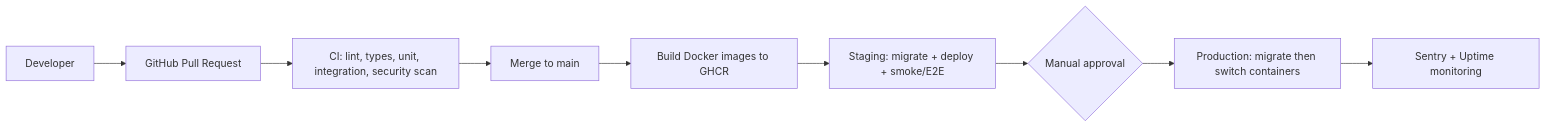
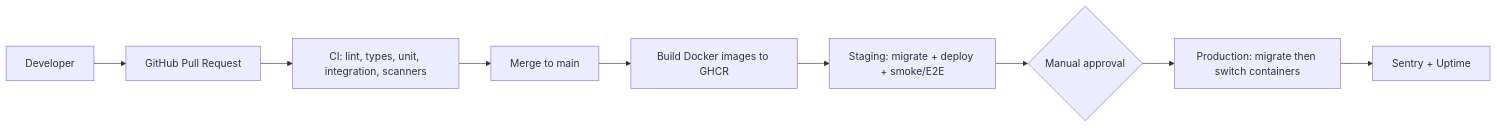
Before and after one commit to bechir-jalleli/Jomla-Go: the fourth of 5 diagrams in docs/TECHNICAL_BLUEPRINT.md, drawn with Mermaid. The commit also changed other lines of this file and 36 other files, not shown here.

````diff
--- a/docs/TECHNICAL_BLUEPRINT.md
+++ b/docs/TECHNICAL_BLUEPRINT.md
@@ -374,11 +308,11 @@
 ```mermaid
 flowchart LR
   DEV[Developer] --> GH[GitHub Pull Request]
-  GH --> CI[CI: lint, types, unit, integration, security scan]
+  GH --> CI[CI: lint, types, unit, integration, scanners]
   CI --> MERGE[Merge to main]
   MERGE --> BUILD[Build Docker images to GHCR]
   BUILD --> STG[Staging: migrate + deploy + smoke/E2E]
   STG --> APPROVE{Manual approval}
   APPROVE --> PRD[Production: migrate then switch containers]
-  PRD --> MON[Sentry + Uptime monitoring]
+  PRD --> MON[Sentry + Uptime]
 ```
````
